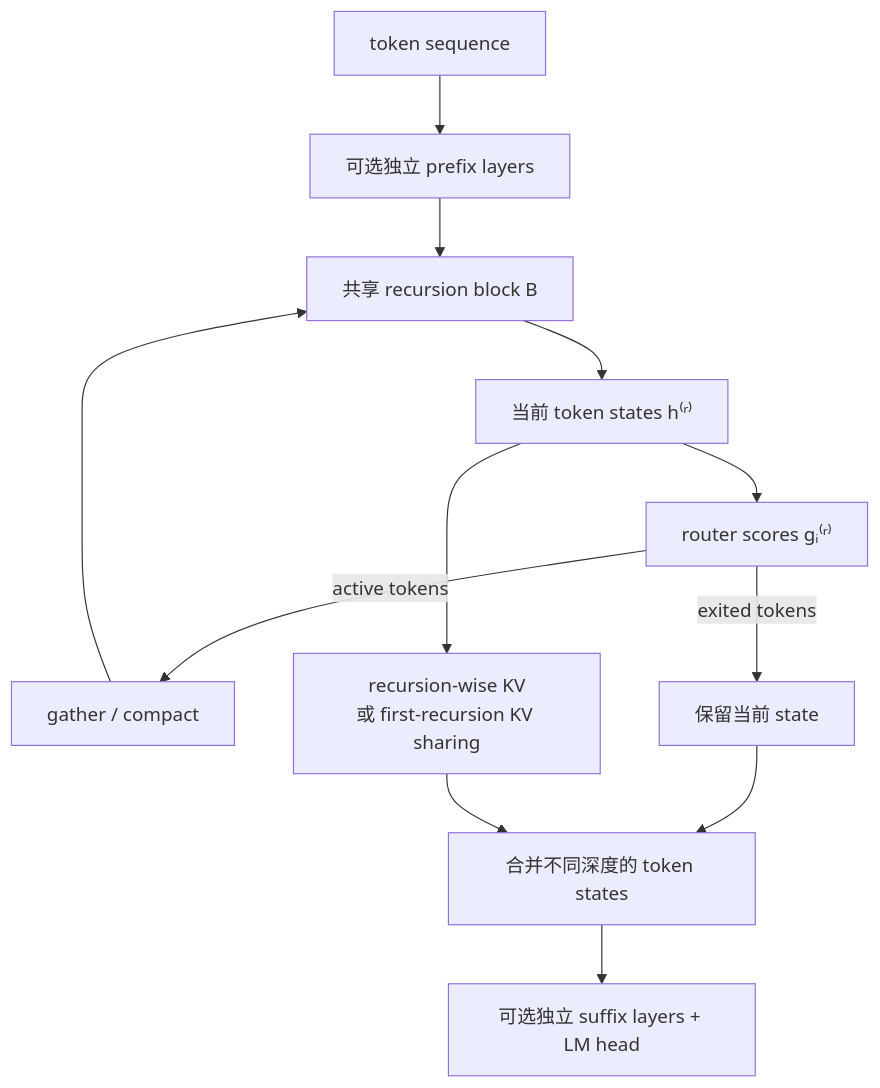
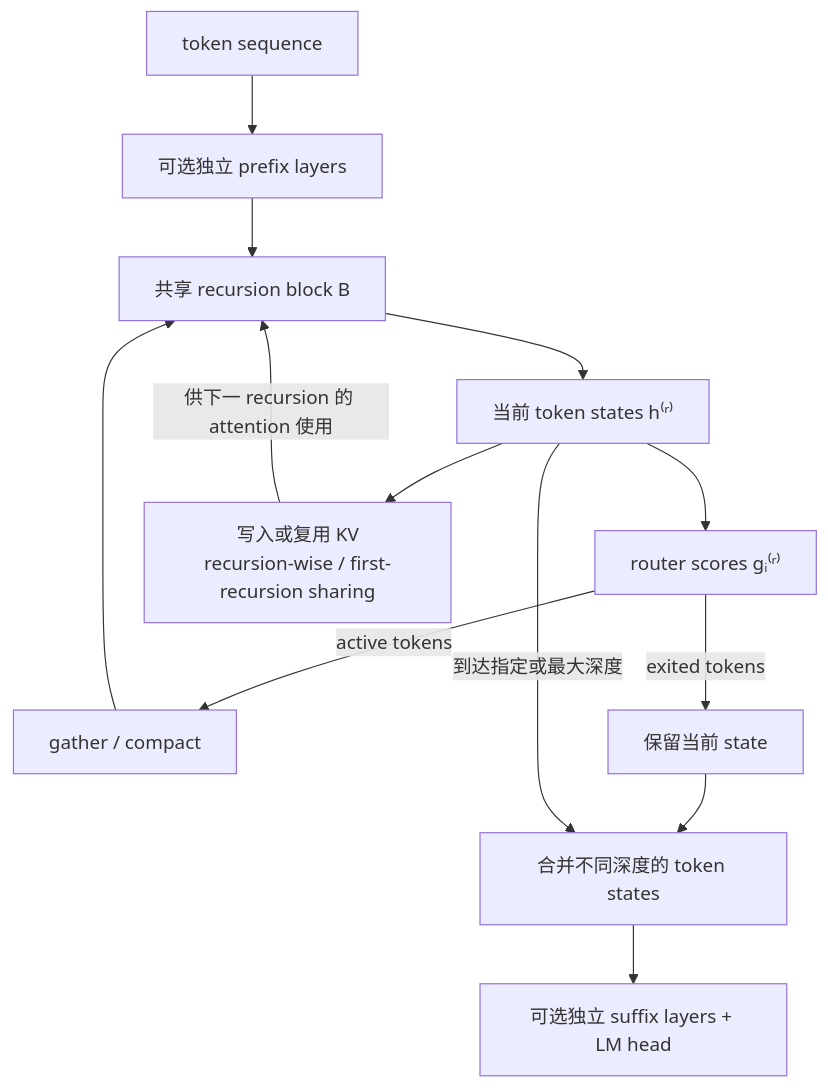
The fifth of 16 diagrams in src/data/notes/looped-transformer/looped-transformer-eight-paper-survey.md (J-shang/J-shang.github.io), drawn with Mermaid before and after one commit. The commit also changed other lines of this file and 19 other files, not shown here.

Commit message:
feat: render Looped Transformer Mermaid diagrams

````diff
--- a/src/data/notes/looped-transformer/looped-transformer-eight-paper-survey.md
+++ b/src/data/notes/looped-transformer/looped-transformer-eight-paper-survey.md
@@ -371,14 +371,15 @@
 ```mermaid
 flowchart TD
     X["token sequence"] --> Pre["可选独立 prefix layers"]
     Pre --> B["共享 recursion block B"]
     B --> H["当前 token states h⁽ʳ⁾"]
     H --> Router["router scores gᵢ⁽ʳ⁾"]
     Router -->|"active tokens"| Pack["gather / compact"]
     Pack --> B
     Router -->|"exited tokens"| Hold["保留当前 state"]
-    H --> KV["recursion-wise KV<br/>或 first-recursion KV sharing"]
+    H --> KV["写入或复用 KV<br/>recursion-wise / first-recursion sharing"]
+    KV -->|"供下一 recursion 的 attention 使用"| B
     Hold --> Merge["合并不同深度的 token states"]
-    KV --> Merge
+    H -->|"到达指定或最大深度"| Merge
     Merge --> Post["可选独立 suffix layers + LM head"]
 ```
````
